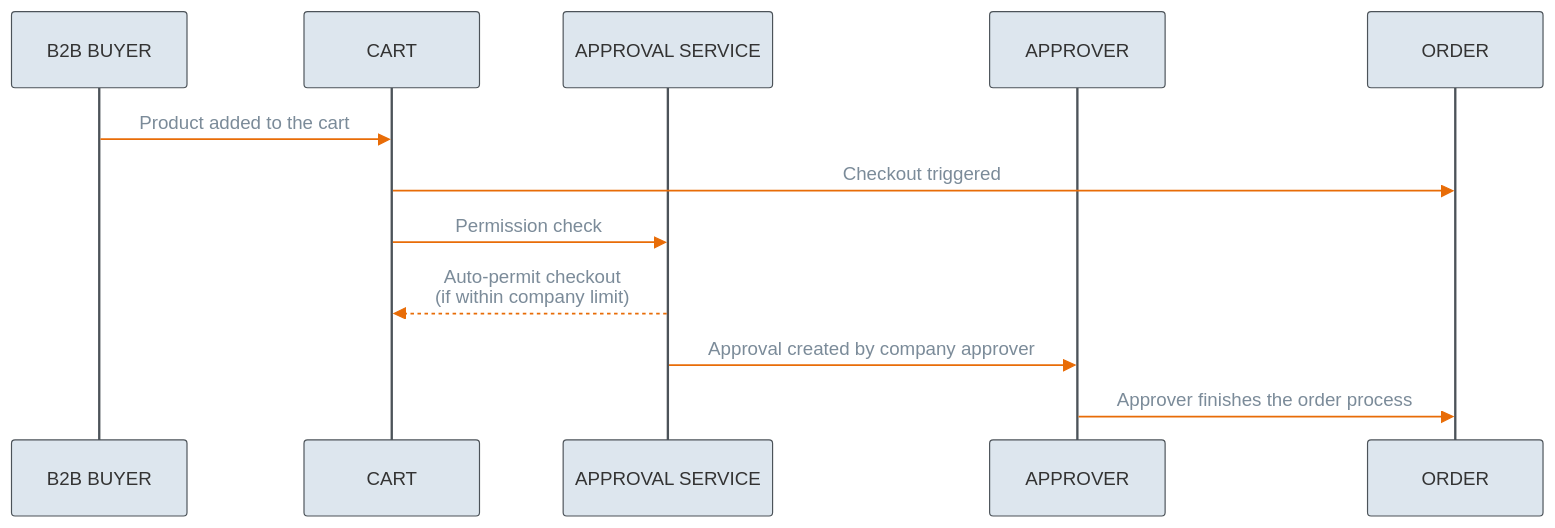
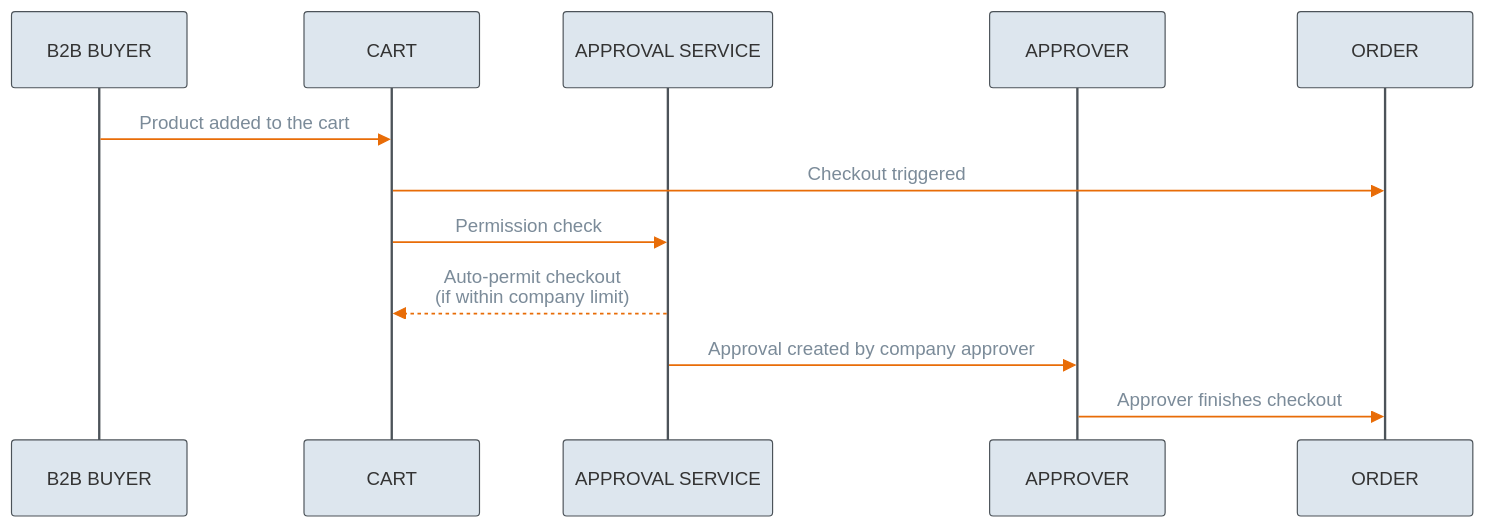
The third of 7 diagrams in companies-and-customers/approval-service/approval.md (emporix/api-references), drawn with Mermaid before and after one commit. The commit also changed other lines of this file and 1 other file, not shown here.

````diff
--- a/companies-and-customers/approval-service/approval.md
+++ b/companies-and-customers/approval-service/approval.md
@@ -113,31 +148,31 @@
 ```mermaid
 ---
 config:
   layout: fixed
   theme: base
   themeVariables:
     primaryColor: '#DDE6EE'
     primaryBorderColor: '#4C5359'
     actorBkg: '#DDE6EE'
     actorBorder: '#4C5359'
     actorLineColor: '#4C5359'
     signalColor: '#E86C07'
     signalTextColor: '#7B8B99'
     background: transparent 
 ---
 sequenceDiagram
     participant Buyer as B2B BUYER
     participant Cart as CART
     participant Approval as APPROVAL SERVICE
     participant Approver as APPROVER
     participant Order as ORDER
 
     Buyer ->> Cart: Product added to the cart
     Cart ->> Order: Checkout triggered
 
     Cart ->> Approval: Permission check
     Approval -->> Cart: Auto-permit checkout<br/>(if within company limit)
 
     Approval ->> Approver: Approval created by company approver
-    Approver ->> Order: Approver finishes the order process
+    Approver ->> Order: Approver finishes checkout
 ```
````
